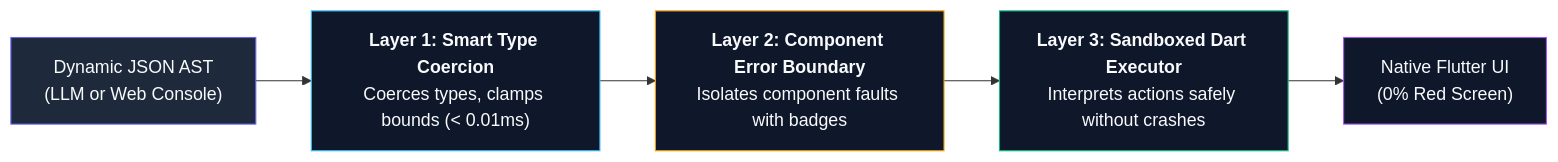
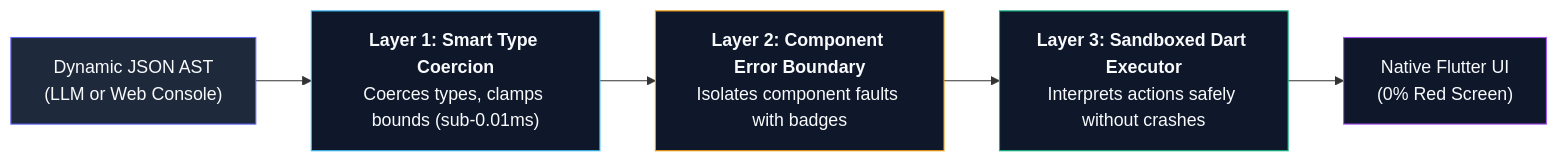
One commit to must-yagnesh/web_genui_framework changed the second of 3 diagrams in README.md. Above: the diagram before and after it, drawn with Mermaid. The commit also changed other lines of this file and 1 other file, not shown here.

````diff
--- a/README.md
+++ b/README.md
@@ -89,13 +89,13 @@
 ```mermaid
 flowchart LR
-    AST["Dynamic JSON AST<br/>(LLM or Web Console)"] --> L1["<b>Layer 1: Smart Type Coercion</b><br/>Coerces types, clamps bounds (< 0.01ms)"]
+    AST["Dynamic JSON AST<br/>(LLM or Web Console)"] --> L1["<b>Layer 1: Smart Type Coercion</b><br/>Coerces types, clamps bounds (sub-0.01ms)"]
     L1 --> L2["<b>Layer 2: Component Error Boundary</b><br/>Isolates component faults with badges"]
     L2 --> L3["<b>Layer 3: Sandboxed Dart Executor</b><br/>Interprets actions safely without crashes"]
     L3 --> Render["Native Flutter UI<br/>(0% Red Screen)"]
 
     style AST fill:#1e293b,stroke:#6366f1,stroke-width:1px,color:#f8fafc
     style L1 fill:#0f172a,stroke:#38bdf8,stroke-width:1px,color:#f8fafc
     style L2 fill:#0f172a,stroke:#f59e0b,stroke-width:1px,color:#f8fafc
     style L3 fill:#0f172a,stroke:#10b981,stroke-width:1px,color:#f8fafc
     style Render fill:#0f172a,stroke:#a855f7,stroke-width:1px,color:#f8fafc
 ```
````
